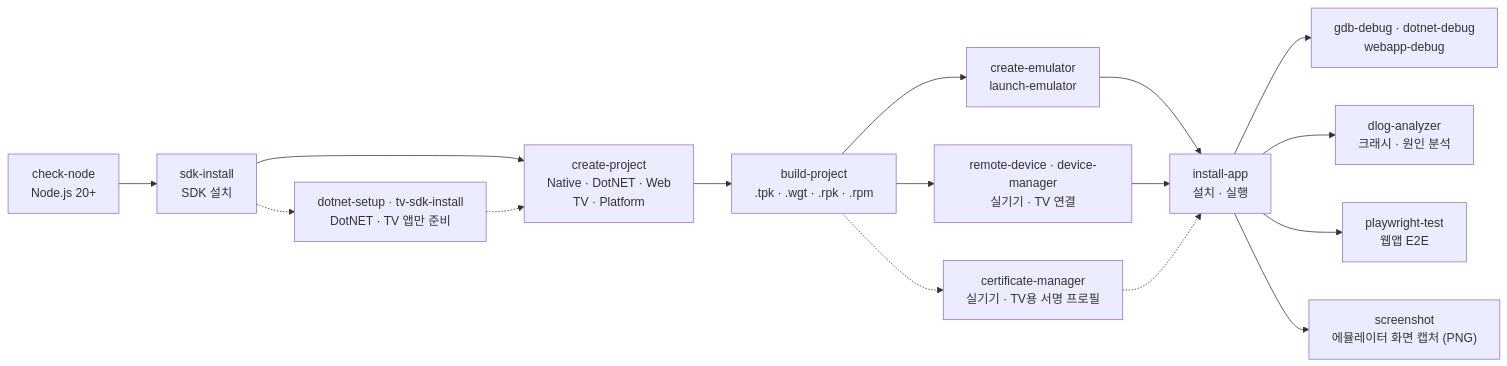
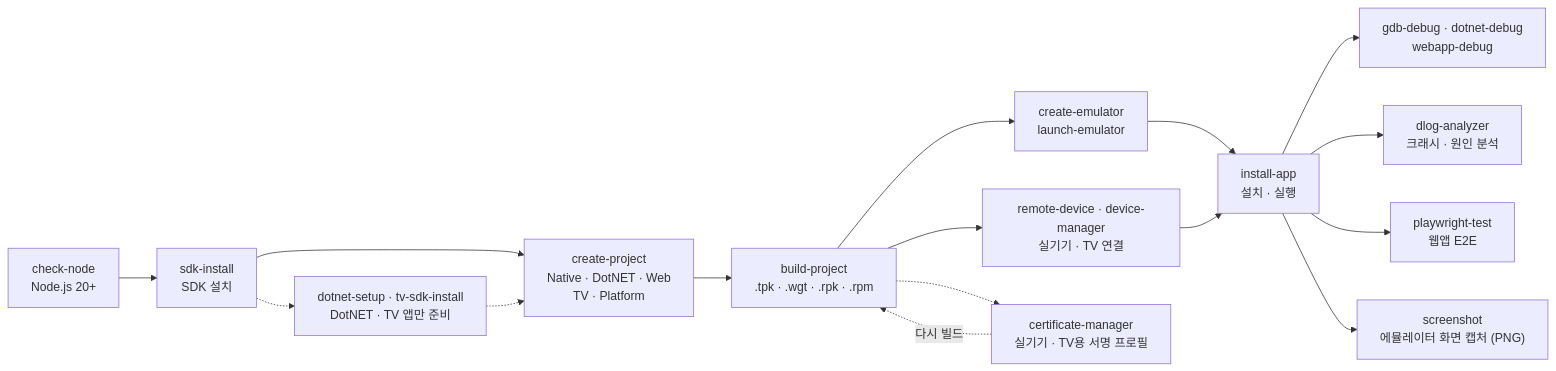
Before and after one commit to Samsung/tizen-agent-skills: the second of 2 diagrams in tizen-sdk-skills/quick-guide.ko.md, drawn with Mermaid. The commit also changed other lines of this file and 1 other file, not shown here.

````diff
--- a/tizen-sdk-skills/quick-guide.ko.md
+++ b/tizen-sdk-skills/quick-guide.ko.md
@@ -66,18 +66,18 @@
 ```mermaid
 flowchart LR
     A["check-node<br/>Node.js 20+"] --> B["sdk-install<br/>SDK 설치"]
     B --> D["create-project<br/>Native · DotNET · Web<br/>TV · Platform"]
     B -.-> P["dotnet-setup · tv-sdk-install<br/>DotNET · TV 앱만 준비"]
     P -.-> D
     D --> E["build-project<br/>.tpk · .wgt · .rpk · .rpm"]
     E --> F["create-emulator<br/>launch-emulator"]
     E --> R["remote-device · device-manager<br/>실기기 · TV 연결"]
     E -.-> K["certificate-manager<br/>실기기 · TV용 서명 프로필"]
     F --> G["install-app<br/>설치 · 실행"]
     R --> G
-    K -.-> G
+    K -.->|다시 빌드| E
     G --> H["gdb-debug · dotnet-debug<br/>webapp-debug"]
     G --> I["dlog-analyzer<br/>크래시 · 원인 분석"]
     G --> J["playwright-test<br/>웹앱 E2E"]
     G --> S["screenshot<br/>에뮬레이터 화면 캡처 (PNG)"]
 ```
````
